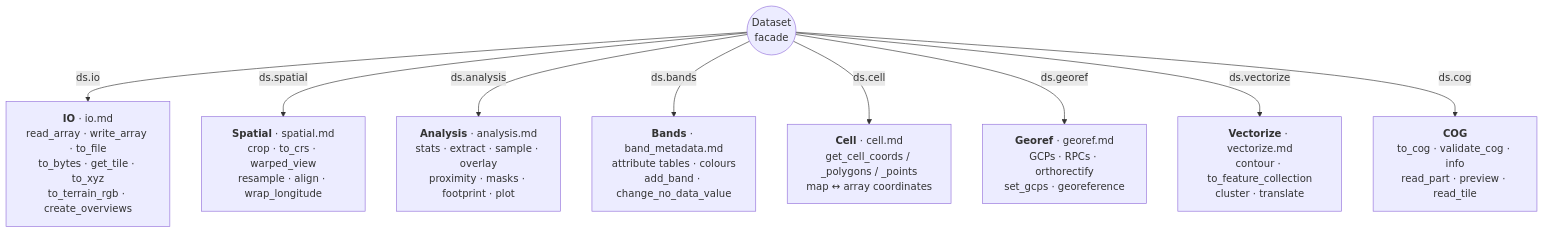
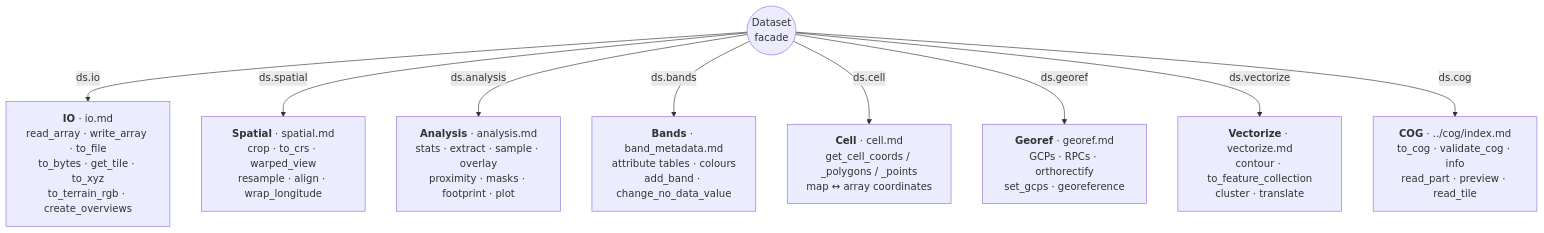
Before and after one commit to serapeum-org/pyramids: the second of 4 diagrams in docs/reference/dataset/index.md, drawn with Mermaid. The commit also changed 3 other files, not shown here.

First line of the commit message:
docs(dataset): correct engine method-map diagram labels

````diff
--- a/docs/reference/dataset/index.md
+++ b/docs/reference/dataset/index.md
@@ -25,12 +25,12 @@
 ```mermaid
 flowchart TB
     DS(("Dataset<br/>facade"))
     DS -->|ds.io| IO["<b>IO</b> · io.md<br/>read_array · write_array · to_file<br/>to_bytes · get_tile · to_xyz<br/>to_terrain_rgb · create_overviews"]
     DS -->|ds.spatial| SP["<b>Spatial</b> · spatial.md<br/>crop · to_crs · warped_view<br/>resample · align · wrap_longitude"]
     DS -->|ds.analysis| AN["<b>Analysis</b> · analysis.md<br/>stats · extract · sample · overlay<br/>proximity · masks · footprint · plot"]
     DS -->|ds.bands| BA["<b>Bands</b> · band_metadata.md<br/>attribute tables · colours<br/>add_band · change_no_data_value"]
     DS -->|ds.cell| CE["<b>Cell</b> · cell.md<br/>get_cell_coords / _polygons / _points<br/>map ↔ array coordinates"]
     DS -->|ds.georef| GE["<b>Georef</b> · georef.md<br/>GCPs · RPCs · orthorectify<br/>set_gcps · georeference"]
     DS -->|ds.vectorize| VE["<b>Vectorize</b> · vectorize.md<br/>contour · to_feature_collection<br/>cluster · translate"]
-    DS -->|ds.cog| CG["<b>COG</b><br/>to_cog · validate_cog · info<br/>read_part · preview · read_tile"]
+    DS -->|ds.cog| CG["<b>COG</b> · ../cog/index.md<br/>to_cog · validate_cog · info<br/>read_part · preview · read_tile"]
 ```
````
